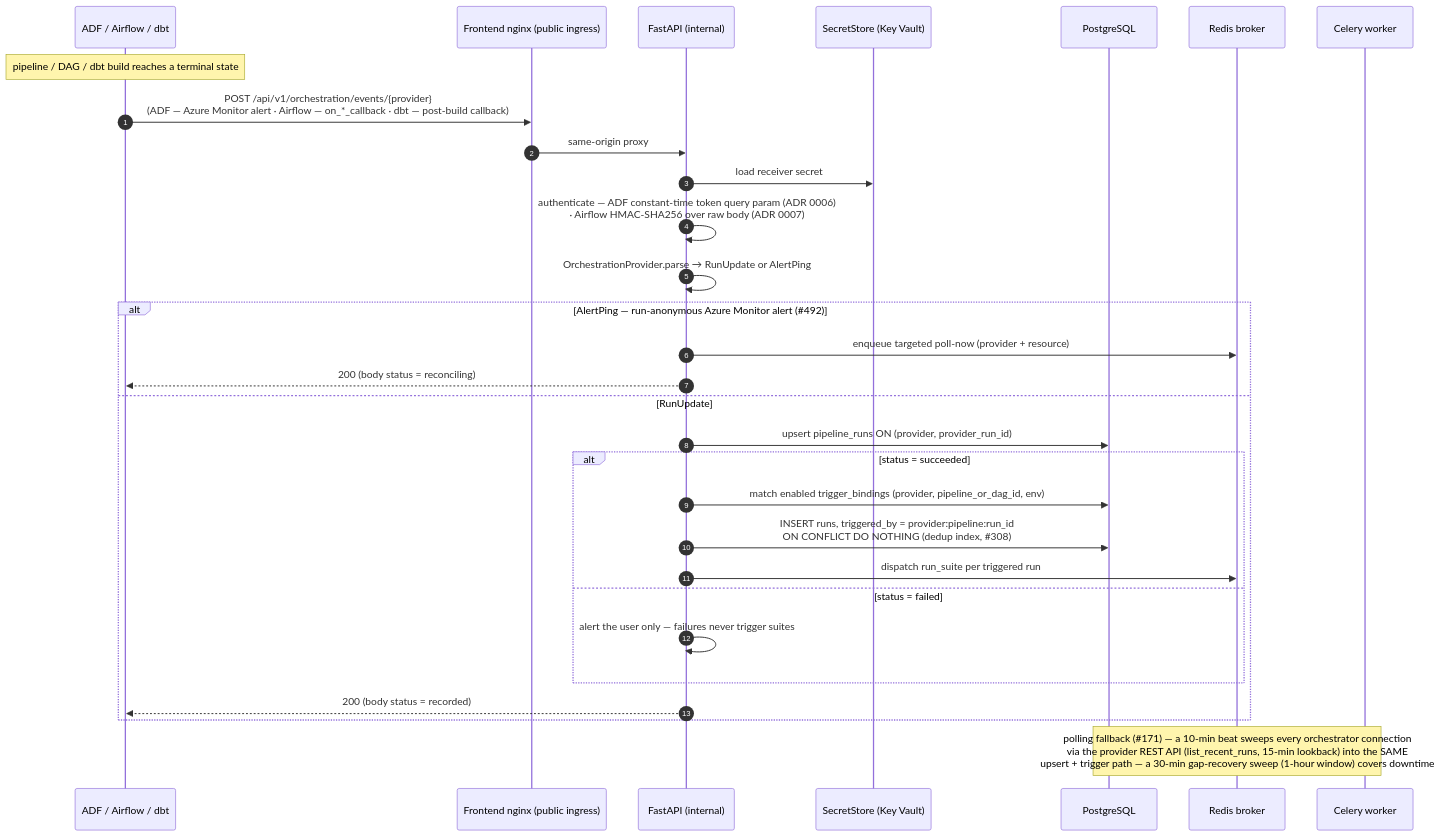
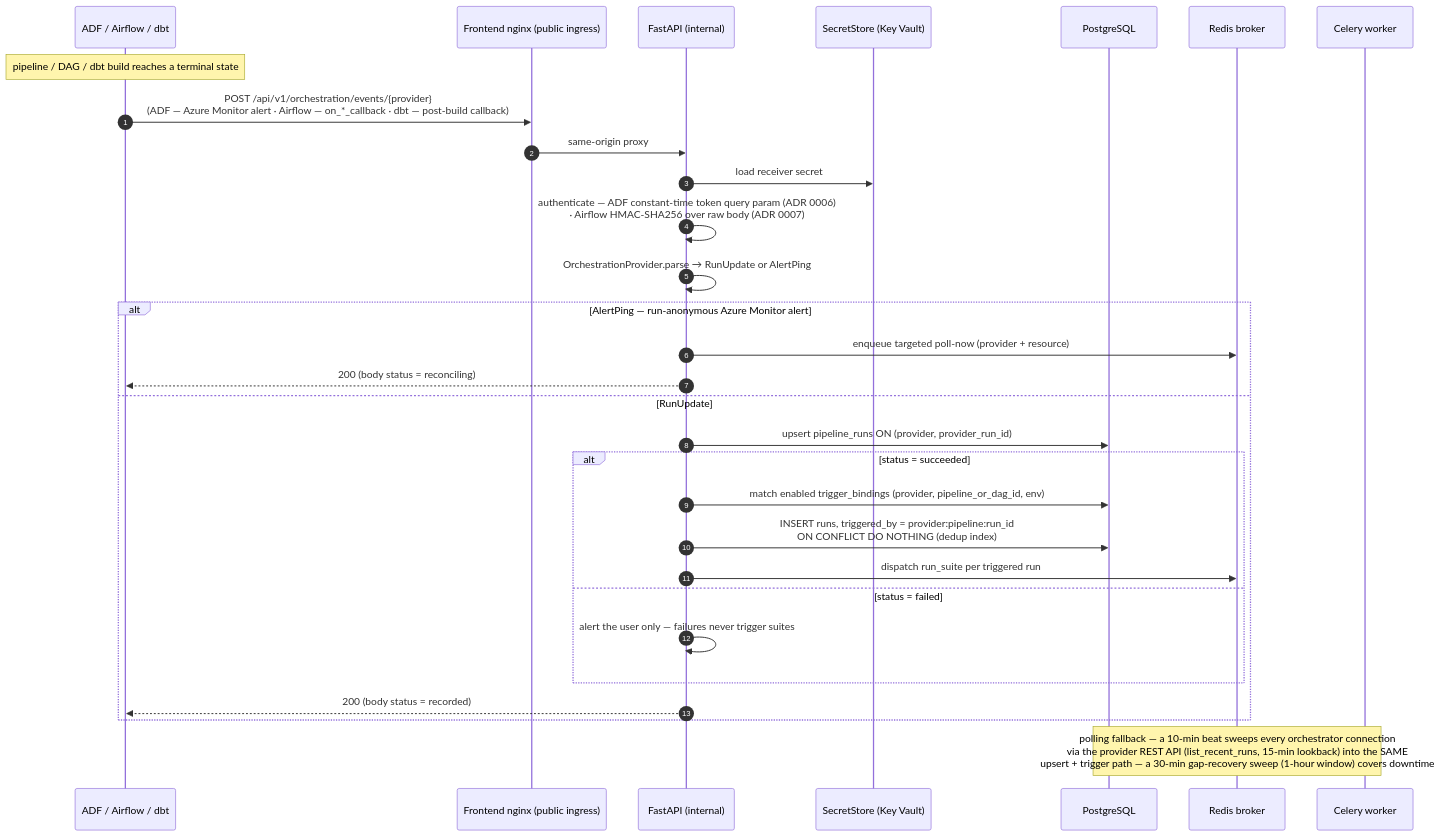
Before and after one commit to TheurgicDuke771/DataQ: the fourth of 7 diagrams in docs/site/architecture.md, drawn with Mermaid. The commit also changed other lines of this file and 22 other files, not shown here.

````diff
--- a/docs/site/architecture.md
+++ b/docs/site/architecture.md
@@ -440,35 +440,35 @@
 ```mermaid
 sequenceDiagram
     autonumber
     participant ORC as ADF / Airflow / dbt
     participant FE as Frontend nginx (public ingress)
     participant API as FastAPI (internal)
     participant KV as SecretStore (Key Vault)
     participant PG as PostgreSQL
     participant BR as Redis broker
     participant W as Celery worker
 
     Note over ORC: pipeline / DAG / dbt build reaches a terminal state
     ORC->>FE: POST /api/v1/orchestration/events/{provider}<br/>(ADF — Azure Monitor alert · Airflow — on_*_callback · dbt — post-build callback)
     FE->>API: same-origin proxy
     API->>KV: load receiver secret
     API->>API: authenticate — ADF constant-time token query param (ADR 0006)<br/>· Airflow HMAC-SHA256 over raw body (ADR 0007)
     API->>API: OrchestrationProvider.parse → RunUpdate or AlertPing
 
-    alt AlertPing — run-anonymous Azure Monitor alert (#35;492)
+    alt AlertPing — run-anonymous Azure Monitor alert
         API->>BR: enqueue targeted poll-now (provider + resource)
         API-->>ORC: 200 (body status = reconciling)
     else RunUpdate
         API->>PG: upsert pipeline_runs ON (provider, provider_run_id)
         alt status = succeeded
             API->>PG: match enabled trigger_bindings (provider, pipeline_or_dag_id, env)
-            API->>PG: INSERT runs, triggered_by = provider:pipeline:run_id<br/>ON CONFLICT DO NOTHING (dedup index, #35;308)
+            API->>PG: INSERT runs, triggered_by = provider:pipeline:run_id<br/>ON CONFLICT DO NOTHING (dedup index)
             API->>BR: dispatch run_suite per triggered run
         else status = failed
             API->>API: alert the user only — failures never trigger suites
         end
         API-->>ORC: 200 (body status = recorded)
     end
 
-    Note over W,PG: polling fallback (#35;171) — a 10-min beat sweeps every orchestrator connection<br/>via the provider REST API (list_recent_runs, 15-min lookback) into the SAME<br/>upsert + trigger path — a 30-min gap-recovery sweep (1-hour window) covers downtime
+    Note over W,PG: polling fallback — a 10-min beat sweeps every orchestrator connection<br/>via the provider REST API (list_recent_runs, 15-min lookback) into the SAME<br/>upsert + trigger path — a 30-min gap-recovery sweep (1-hour window) covers downtime
 ```
````
